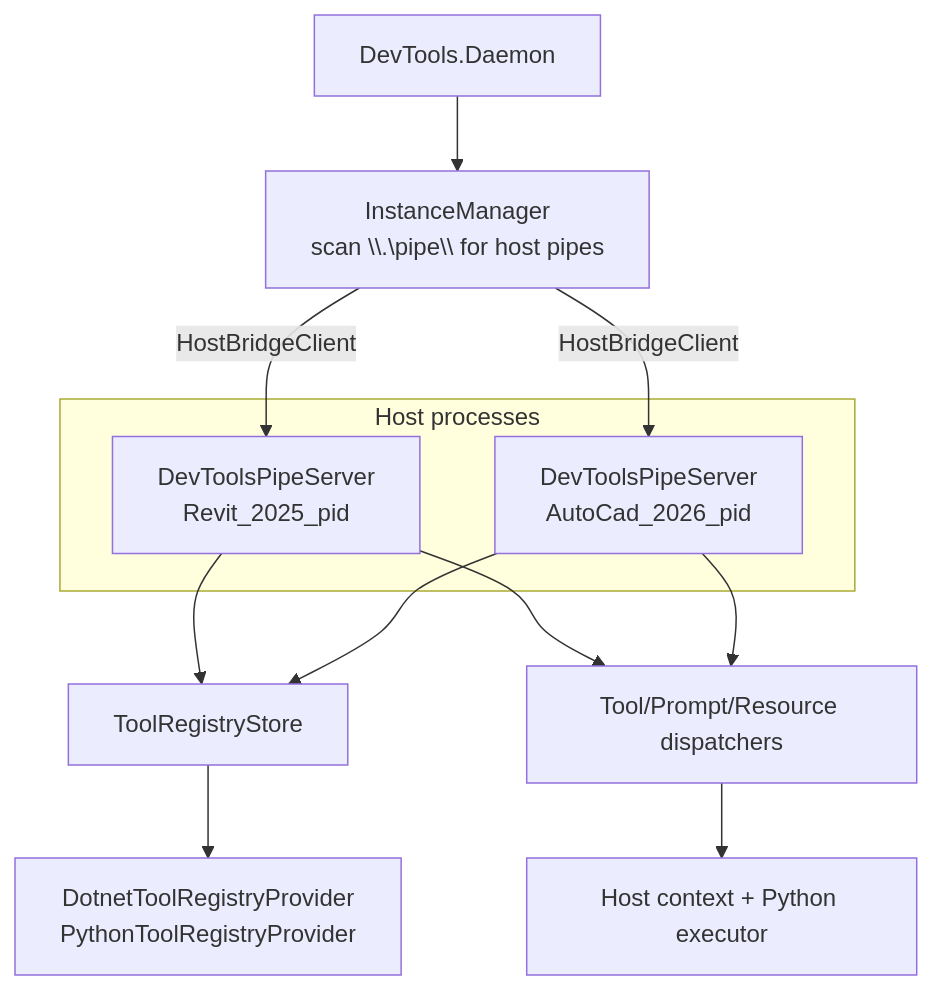
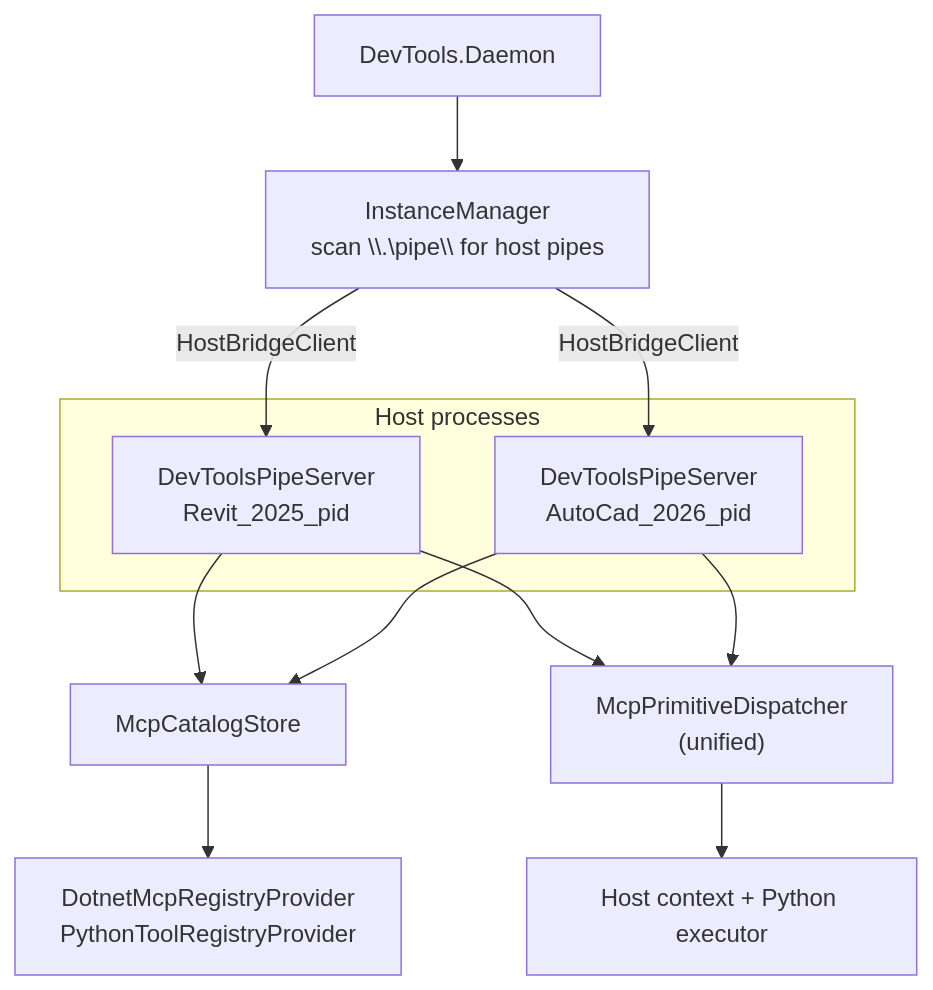
The first of 2 diagrams in docs/MCP/in-host-runtime.md (trgiangv/RevitDevTool), drawn with Mermaid before and after one commit. The commit also changed other lines of this file and 114 other files, not shown here.

First line of the commit message:
refactor(mcp): consolidate MCP layer architecture

````diff
--- a/docs/MCP/in-host-runtime.md
+++ b/docs/MCP/in-host-runtime.md
@@ -7,25 +7,25 @@
 ```mermaid
 flowchart TB
     Daemon["DevTools.Daemon"]
     Discovery["InstanceManager<br/>scan \\.\pipe\\ for host pipes"]
 
     subgraph hosts["Host processes"]
         RevitPipe["DevToolsPipeServer<br/>Revit_2025_pid"]
         AcadPipe["DevToolsPipeServer<br/>AutoCad_2026_pid"]
     end
 
-    Registry["ToolRegistryStore"]
-    Providers["DotnetToolRegistryProvider<br/>PythonToolRegistryProvider"]
-    Dispatch["Tool/Prompt/Resource dispatchers"]
+    Registry["McpCatalogStore"]
+    Providers["DotnetMcpRegistryProvider<br/>PythonToolRegistryProvider"]
+    Dispatch["McpPrimitiveDispatcher<br/>(unified)"]
     Host["Host context + Python executor"]
 
     Daemon --> Discovery
     Discovery -->|"HostBridgeClient"| RevitPipe
     Discovery -->|"HostBridgeClient"| AcadPipe
     RevitPipe --> Registry
     AcadPipe --> Registry
     Registry --> Providers
     RevitPipe --> Dispatch
     AcadPipe --> Dispatch
     Dispatch --> Host
 ```
````
